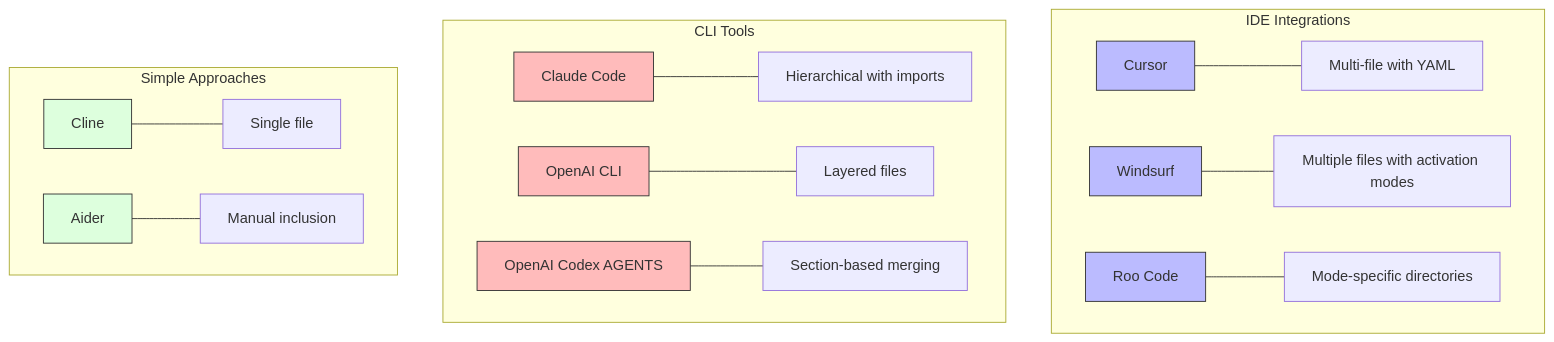
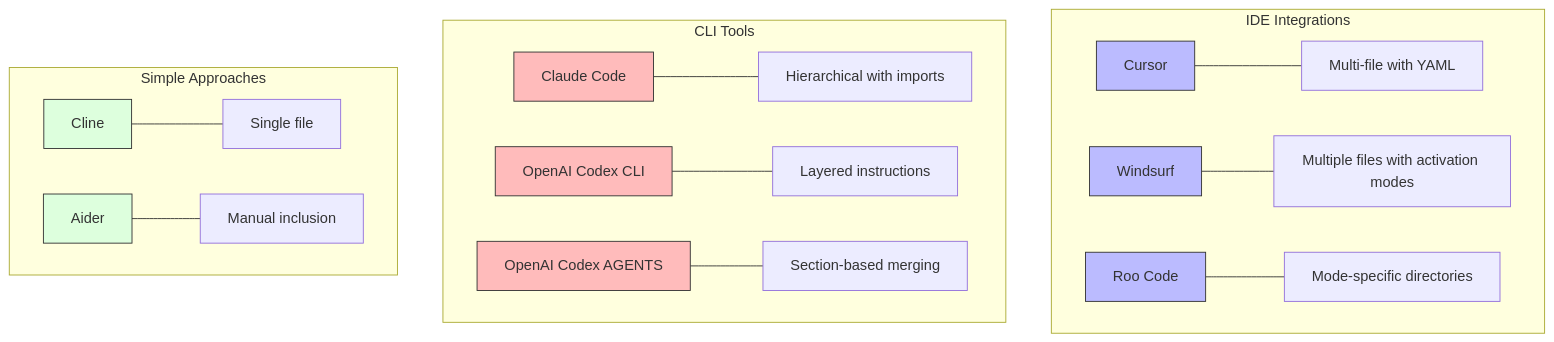
One commit to outfitter-dev/rulesets changed the tenth of 10 diagrams in notes/ai-rules-guide.md. Above: the diagram before and after it, drawn with Mermaid. The commit also changed other lines of this file and 2 other files, not shown here.

````diff
--- a/notes/ai-rules-guide.md
+++ b/notes/ai-rules-guide.md
@@ -511,28 +572,28 @@
 ```mermaid
 graph TB
     subgraph "IDE Integrations"
         A[Cursor] --- A1[Multi-file with YAML]
         B[Windsurf] --- B1[Multiple files with activation modes]
         C[Roo Code] --- C1[Mode-specific directories]
     end
     
     subgraph "CLI Tools"
         D[Claude Code] --- D1[Hierarchical with imports]
-        E[OpenAI CLI] --- E1[Layered files]
+        E[OpenAI Codex CLI] --- E1[Layered instructions]
         H[OpenAI Codex AGENTS] --- H1[Section-based merging]
     end
     
     subgraph "Simple Approaches"
         F[Cline] --- F1[Single file]
         G[Aider] --- G1[Manual inclusion]
     end
     
     style A fill:#bbf,stroke:#333
     style B fill:#bbf,stroke:#333
     style C fill:#bbf,stroke:#333
     style D fill:#fbb,stroke:#333
     style E fill:#fbb,stroke:#333
     style H fill:#fbb,stroke:#333
     style F fill:#dfd,stroke:#333
     style G fill:#dfd,stroke:#333
 ```
````
